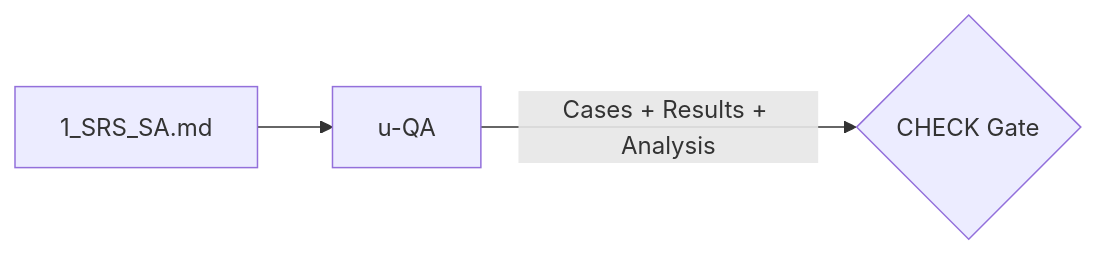
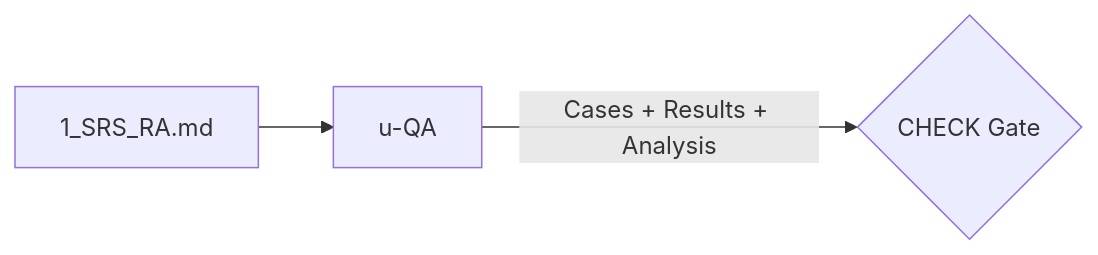
The fifth of 6 diagrams in references/pdca-workflow.md (upleat-ax/u-maker-plugin), drawn with Mermaid before and after one commit. The commit also changed other lines of this file and 5 other files, not shown here.

````diff
--- a/references/pdca-workflow.md
+++ b/references/pdca-workflow.md
@@ -165,5 +165,5 @@
 ```mermaid
 flowchart LR
-    SRS[1_SRS_SA.md] --> QA[u-QA]
+    SRS[1_SRS_RA.md] --> QA[u-QA]
     QA -->|Cases + Results + Analysis| GATE{CHECK Gate}
 ```
````
